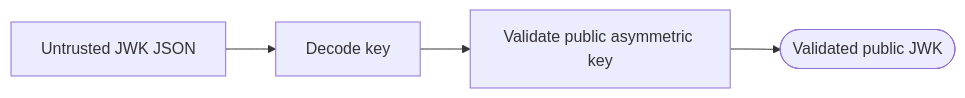
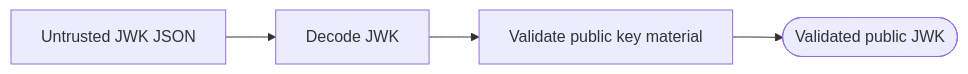
Before and after one commit to mkbeh/xjose: diagram 12 of 20 in DESIGN.md, drawn with Mermaid. The commit also changed other lines of this file, not shown here.

Commit message:
docs: refine architectural design

````diff
--- a/DESIGN.md
+++ b/DESIGN.md
@@ -509,10 +563,10 @@
 ```mermaid
 flowchart LR
     Input[Untrusted JWK JSON]
-    Decode[Decode key]
-    Material[Validate public asymmetric key]
+    Decode[Decode JWK]
+    Validate[Validate public key material]
     Result([Validated public JWK])
     Input --> Decode
-    Decode --> Material
-    Material --> Result
+    Decode --> Validate
+    Validate --> Result
 ```
````
